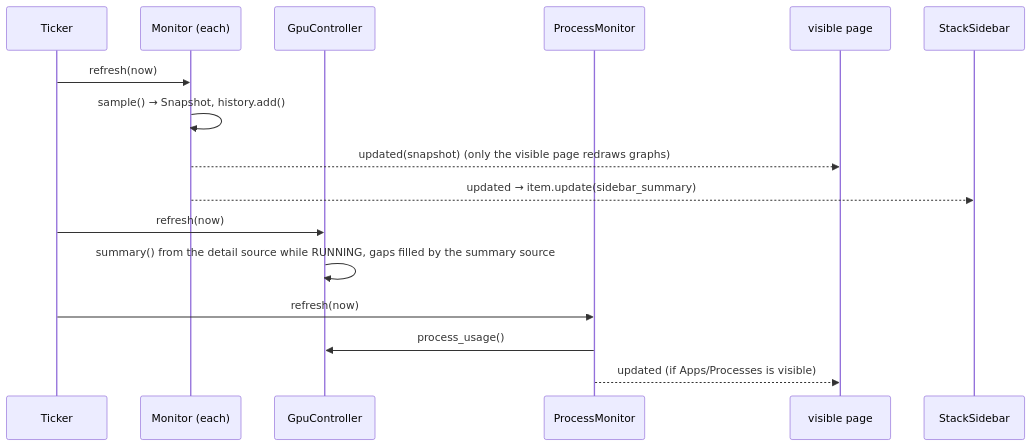
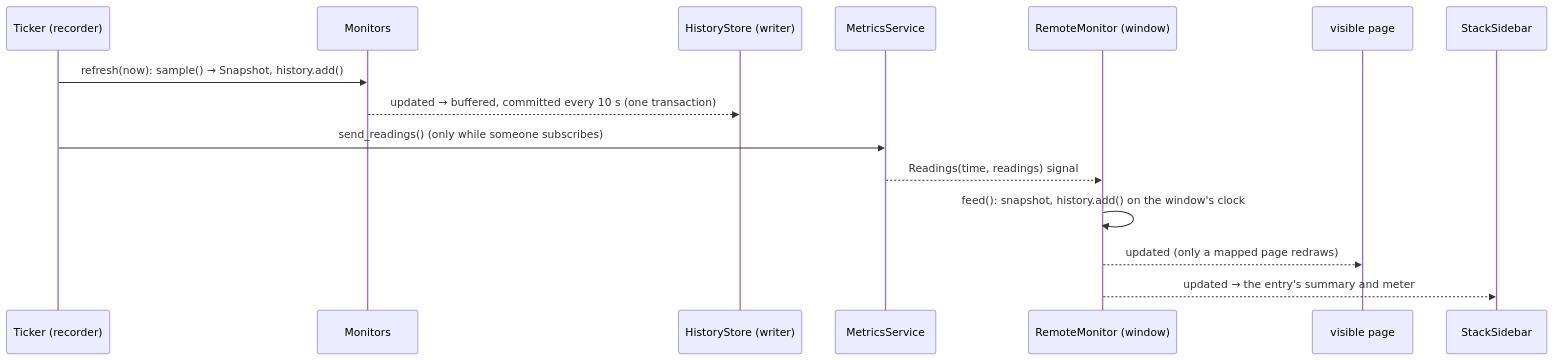
Before and after one commit to mamadingleberry/proccoli: the third of 3 diagrams in docs/design/10-runtime-flow.md, drawn with Mermaid. The commit also changed other lines of this file and 417 other files, not shown here.

````diff
--- a/docs/design/10-runtime-flow.md
+++ b/docs/design/10-runtime-flow.md
@@ -32,18 +53,17 @@
 ```mermaid
 sequenceDiagram
-    participant T as Ticker
-    participant M as Monitor (each)
-    participant GC as GpuController
-    participant PM as ProcessMonitor
+    participant T as Ticker (recorder)
+    participant M as Monitors
+    participant HS as HistoryStore (writer)
+    participant MS as MetricsService
+    participant RM as RemoteMonitor (window)
     participant P as visible page
     participant SB as StackSidebar
-    T->>M: refresh(now)
-    M->>M: sample() → Snapshot, history.add()
-    M-->>P: updated(snapshot) (only the visible page redraws graphs)
-    M-->>SB: updated → item.update(sidebar_summary)
-    T->>GC: refresh(now)
-    GC->>GC: summary() from the detail source while RUNNING, gaps filled by the summary source
-    T->>PM: refresh(now)
-    PM->>GC: process_usage()
-    PM-->>P: updated (if Apps/Processes is visible)
+    T->>M: refresh(now): sample() → Snapshot, history.add()
+    M-->>HS: updated → buffered, committed every 10 s (one transaction)
+    T->>MS: send_readings() (only while someone subscribes)
+    MS-->>RM: Readings(time, readings) signal
+    RM->>RM: feed(): snapshot, history.add() on the window's clock
+    RM-->>P: updated (only a mapped page redraws)
+    RM-->>SB: updated → the entry's summary and meter
 ```
````
